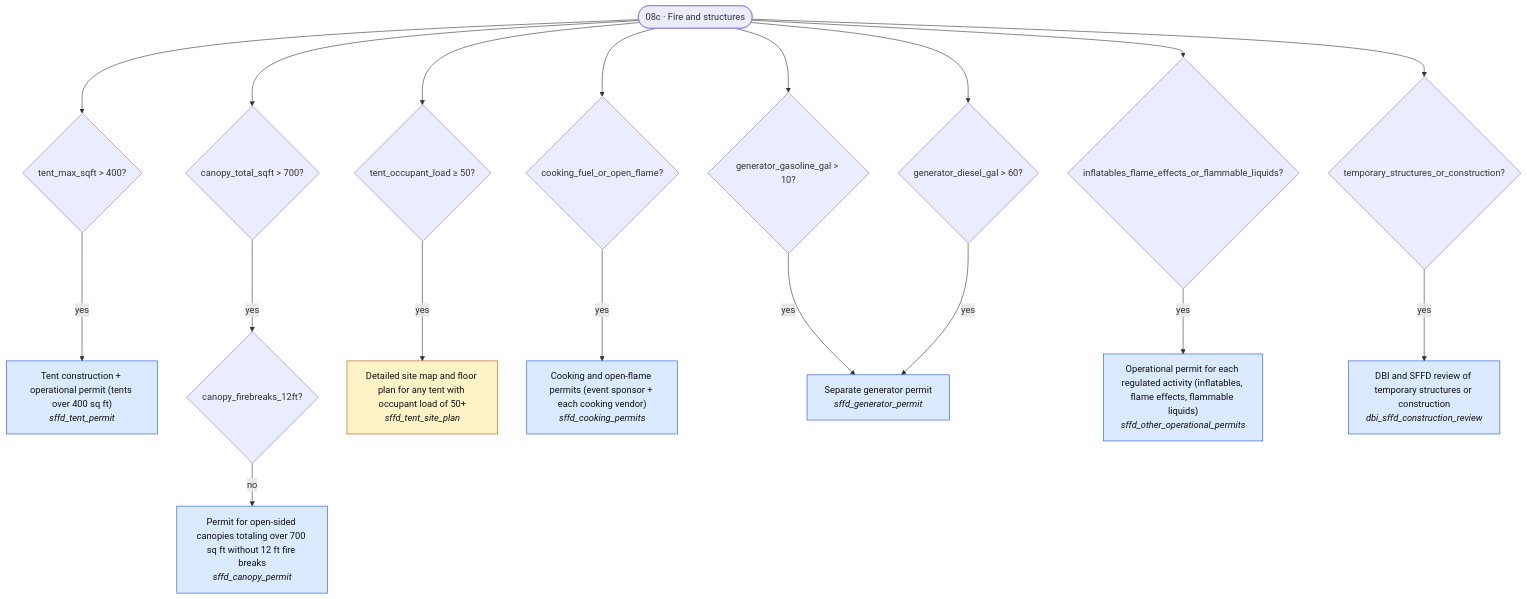
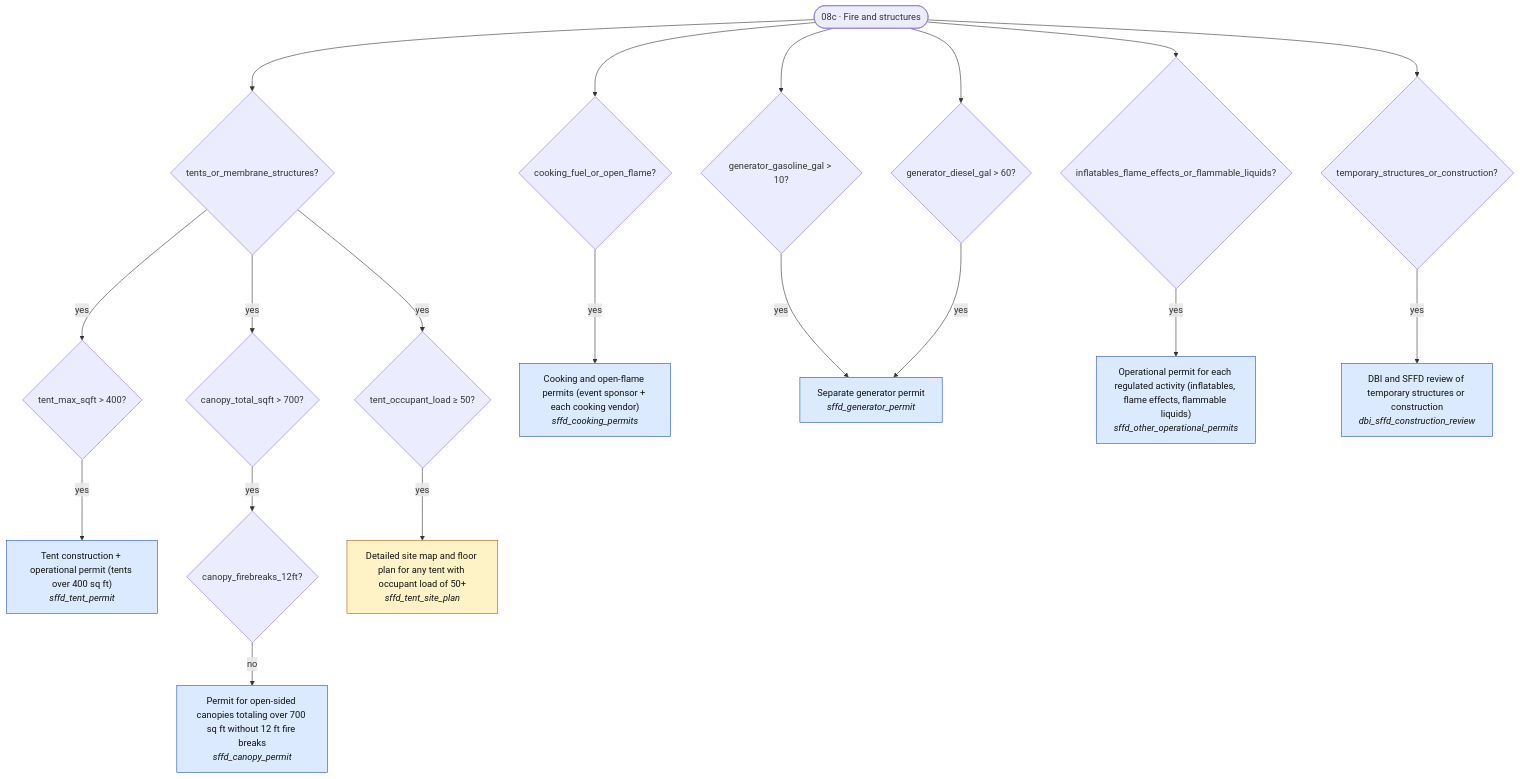
One commit to kmangal/sf-permit-helper changed diagram 11 of 17 in docs/rules/README.md. Above: the diagram before and after it, drawn with Mermaid. The commit also changed other lines of this file and 10 other files, not shown here.

Commit message:
feat: rule flow update, smoother ui, cleaner final page

````diff
--- a/docs/rules/README.md
+++ b/docs/rules/README.md
@@ -390,39 +390,41 @@
 ```mermaid
 flowchart TD
   start(["08c · Fire and structures"])
-  n1{"tent_max_sqft #gt; 400?"}
+  n1{"tents_or_membrane_structures?"}
   start --> n1
-  n1 -->|yes| r_sffd_tent_permit
-  n2{"canopy_total_sqft #gt; 700?"}
-  start --> n2
-  n3{"canopy_firebreaks_12ft?"}
-  n2 -->|yes| n3
-  n3 -->|no| r_sffd_canopy_permit
-  n4{"tent_occupant_load ≥ 50?"}
-  start --> n4
-  n4 -->|yes| r_sffd_tent_site_plan
-  n5{"cooking_fuel_or_open_flame?"}
-  start --> n5
-  n5 -->|yes| r_sffd_cooking_permits
-  n6{"generator_gasoline_gal #gt; 10?"}
+  n2{"tent_max_sqft #gt; 400?"}
+  n1 -->|yes| n2
+  n2 -->|yes| r_sffd_tent_permit
+  n3{"canopy_total_sqft #gt; 700?"}
+  n1 -->|yes| n3
+  n4{"canopy_firebreaks_12ft?"}
+  n3 -->|yes| n4
+  n4 -->|no| r_sffd_canopy_permit
+  n5{"tent_occupant_load ≥ 50?"}
+  n1 -->|yes| n5
+  n5 -->|yes| r_sffd_tent_site_plan
+  n6{"cooking_fuel_or_open_flame?"}
   start --> n6
-  n6 -->|yes| r_sffd_generator_permit
-  n7{"generator_diesel_gal #gt; 60?"}
+  n6 -->|yes| r_sffd_cooking_permits
+  n7{"generator_gasoline_gal #gt; 10?"}
   start --> n7
   n7 -->|yes| r_sffd_generator_permit
-  n8{"inflatables_flame_effects_or_flammable_liquids?"}
+  n8{"generator_diesel_gal #gt; 60?"}
   start --> n8
-  n8 -->|yes| r_sffd_other_operational_permits
-  n9{"temporary_structures_or_construction?"}
+  n8 -->|yes| r_sffd_generator_permit
+  n9{"inflatables_flame_effects_or_flammable_liquids?"}
   start --> n9
-  n9 -->|yes| r_dbi_sffd_construction_review
+  n9 -->|yes| r_sffd_other_operational_permits
+  n10{"temporary_structures_or_construction?"}
+  start --> n10
+  n10 -->|yes| r_dbi_sffd_construction_review
   r_sffd_tent_permit["Tent construction + operational permit (tents over 400 sq ft)<br/><i>sffd_tent_permit</i>"]:::permit
   r_sffd_canopy_permit["Permit for open-sided canopies totaling over 700 sq ft without 12 ft fire breaks<br/><i>sffd_canopy_permit</i>"]:::permit
   r_sffd_tent_site_plan["Detailed site map and floor plan for any tent with occupant load of 50+<br/><i>sffd_tent_site_plan</i>"]:::requirement
   r_sffd_cooking_permits["Cooking and open-flame permits (event sponsor + each cooking vendor)<br/><i>sffd_cooking_permits</i>"]:::permit
   r_sffd_generator_permit["Separate generator permit<br/><i>sffd_generator_permit</i>"]:::permit
   r_sffd_other_operational_permits["Operational permit for each regulated activity (inflatables, flame effects, flammable liquids)<br/><i>sffd_other_operational_permits</i>"]:::permit
   r_dbi_sffd_construction_review["DBI and SFFD review of temporary structures or construction<br/><i>dbi_sffd_construction_review</i>"]:::permit
   classDef permit fill:#dbeafe,stroke:#1d4ed8,color:#111
   classDef requirement fill:#fef3c7,stroke:#b45309,color:#111
 ```
````
